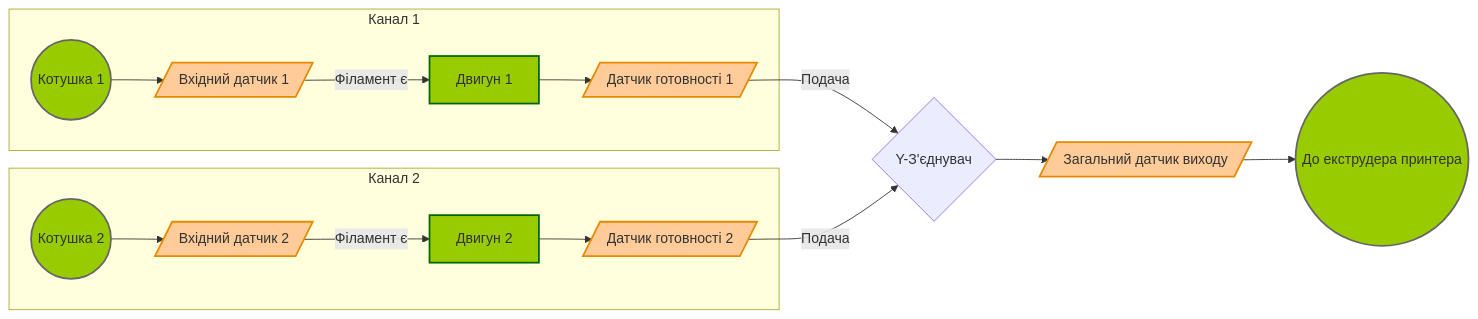
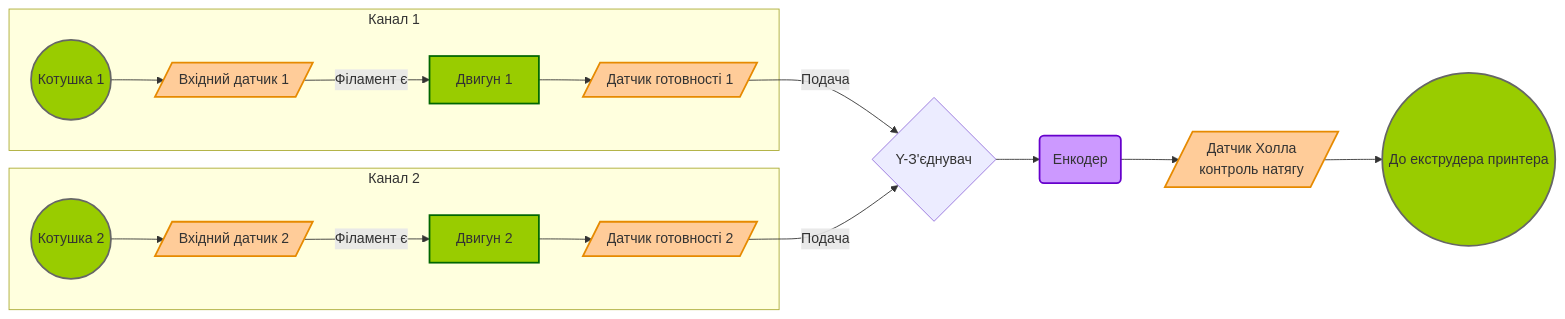
One commit to erGoSky/autoloader changed the diagram in docs/architecture.md. Above: the diagram before and after it, drawn with Mermaid. The commit also changed other lines of this file and 1 other file, not shown here.

````diff
--- a/docs/architecture.md
+++ b/docs/architecture.md
@@ -18,31 +19,34 @@
 ```mermaid
 graph LR
     subgraph Канал 1
         F1((Котушка 1)) --> S_IN_1[/Вхідний датчик 1/]
         S_IN_1 -->|Філамент є| M1[Двигун 1]
         M1 --> S_RDY_1[/Датчик готовності 1/]
     end
 
     subgraph Канал 2
         F2((Котушка 2)) --> S_IN_2[/Вхідний датчик 2/]
         S_IN_2 -->|Філамент є| M2[Двигун 2]
         M2 --> S_RDY_2[/Датчик готовності 2/]
     end
 
     %% Злиття потоків
     S_RDY_1 -->|Подача| Y{Y-З'єднувач}
     S_RDY_2 -->|Подача| Y
 
-    %% Загальний вихід
-    Y --> S_OUT[/Загальний датчик виходу/]
-    S_OUT --> P((До екструдера принтера))
+    %% Загальний вихід: Енкодер та Датчик Холла
+    Y --> ENC(Енкодер)
+    ENC --> HALL[/Датчик Холла<br/>контроль натягу/]
+    HALL --> P((До екструдера принтера))
 
     %% Стилізація елементів
     classDef sensor fill:#ffcc99,stroke:#e68a00,stroke-width:2px;
     classDef motor fill:#99cc00,stroke:#006600,stroke-width:2px;
     classDef spool fill:#99cc00,stroke:#666,stroke-width:2px;
+    classDef encoder fill:#cc99ff,stroke:#6600cc,stroke-width:2px;
     
-    class S_IN_1,S_IN_2,S_RDY_1,S_RDY_2,S_OUT sensor;
+    class S_IN_1,S_IN_2,S_RDY_1,S_RDY_2,HALL sensor;
     class M1,M2 motor;
     class F1,F2,P spool;
+    class ENC encoder;
 ```
````
